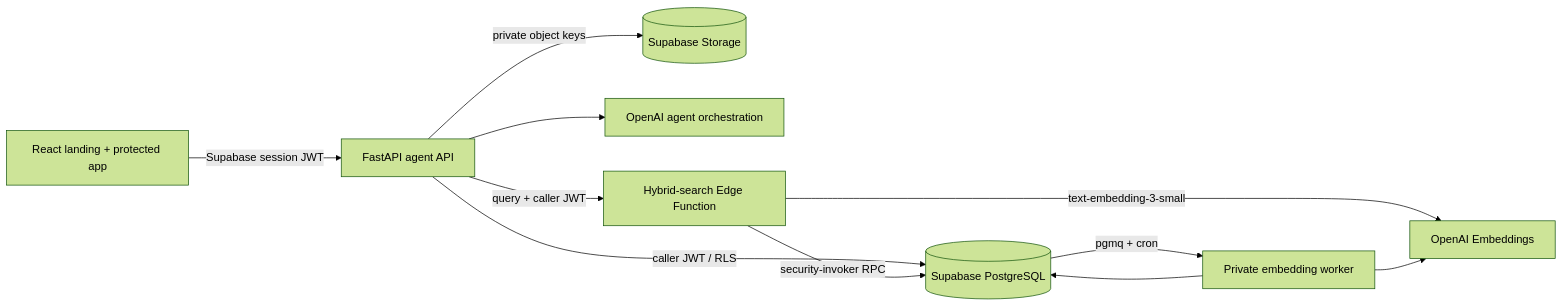
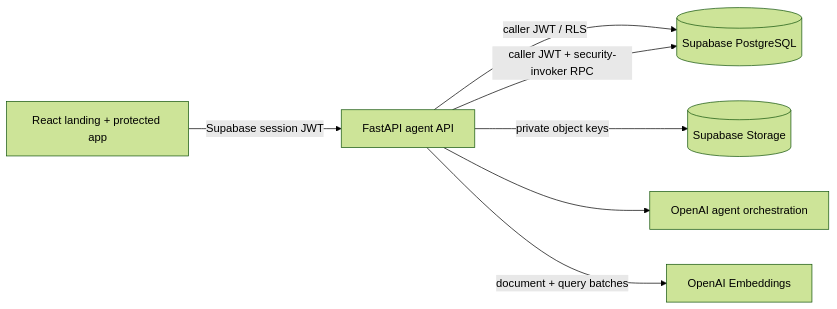
One commit to bushra-khan9604/ProSightAI changed the diagram in docs/architecture.md. Above: the diagram before and after it, drawn with Mermaid (forest theme). The commit also changed other lines of this file and 22 other files, not shown here.

````diff
--- a/docs/architecture.md
+++ b/docs/architecture.md
@@ -5,13 +5,9 @@
 ```mermaid
 flowchart LR
   U["React landing + protected app"] -->|"Supabase session JWT"| A["FastAPI agent API"]
   A -->|"caller JWT / RLS"| P[("Supabase PostgreSQL")]
   A -->|"private object keys"| S[("Supabase Storage")]
   A --> O["OpenAI agent orchestration"]
-  A -->|"query + caller JWT"| H["Hybrid-search Edge Function"]
-  H -->|"text-embedding-3-small"| E["OpenAI Embeddings"]
-  H -->|"security-invoker RPC"| P
-  P -->|"pgmq + cron"| W["Private embedding worker"]
-  W --> E
-  W --> P
+  A -->|"document + query batches"| E["OpenAI Embeddings"]
+  A -->|"caller JWT + security-invoker RPC"| P
 ```
````
